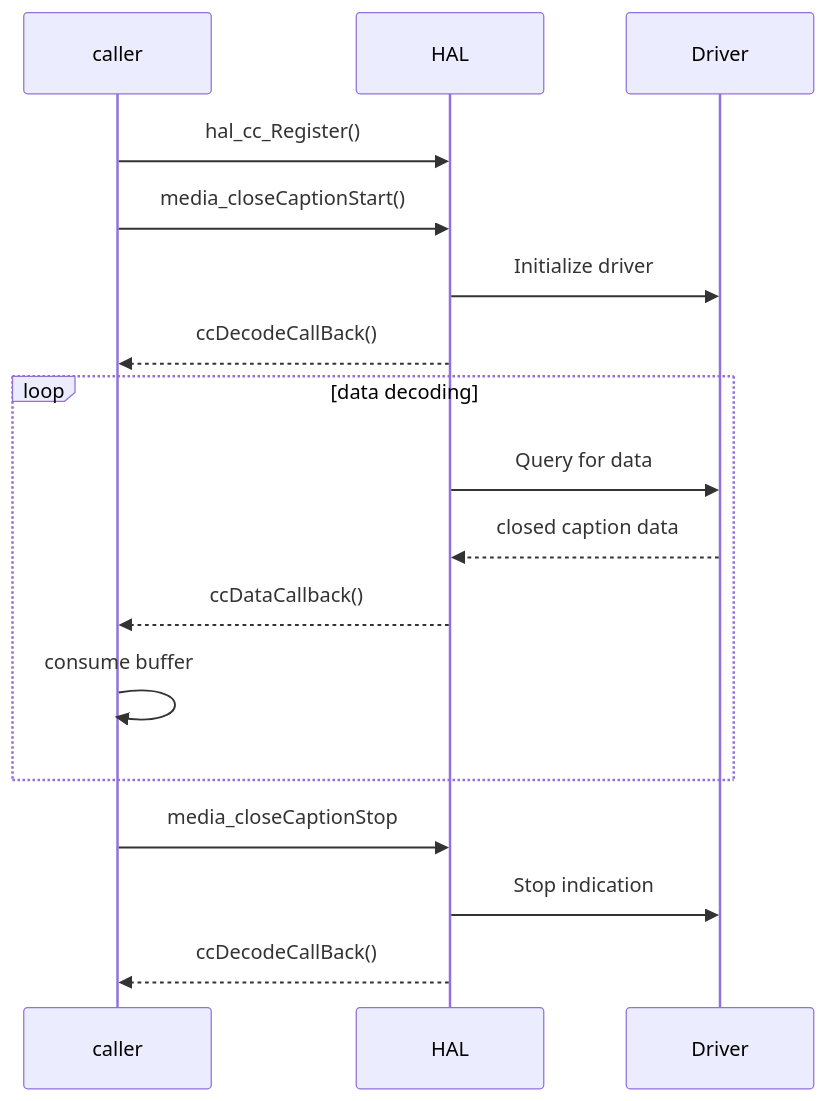
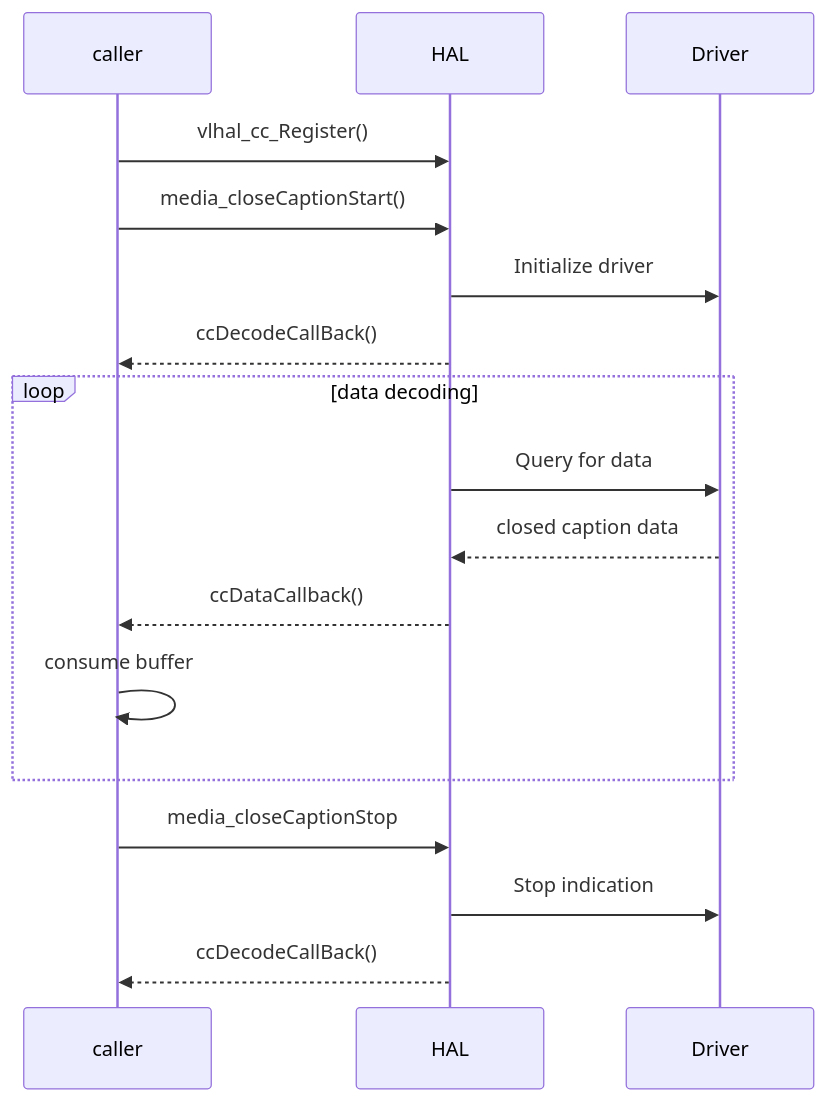
One commit to rdkcentral/rdk-halif-closed_captions changed the second of 3 diagrams in docs/pages/halSpec.md. Above: the diagram before and after it, drawn with Mermaid. The commit also changed other lines of this file, not shown here.

First line of the commit message:
Update halSpec.md

````diff
--- a/docs/pages/halSpec.md
+++ b/docs/pages/halSpec.md
@@ -163,19 +163,19 @@
 ```mermaid
    sequenceDiagram
     participant caller
     participant HAL
     participant Driver
-    caller->>HAL: hal_cc_Register()
+    caller->>HAL: vlhal_cc_Register()
     caller->>HAL:media_closeCaptionStart()
     HAL->>Driver:Initialize driver
     HAL-->> caller : ccDecodeCallBack()
     loop data decoding
         HAL->>Driver : Query for data
         Driver-->>HAL : closed caption data
         HAL-->>caller: ccDataCallback()
         caller->>caller:consume buffer
     end
     caller->>HAL: media_closeCaptionStop
     HAL->>Driver: Stop indication
     HAL-->>caller: ccDecodeCallBack()
  ```
````
